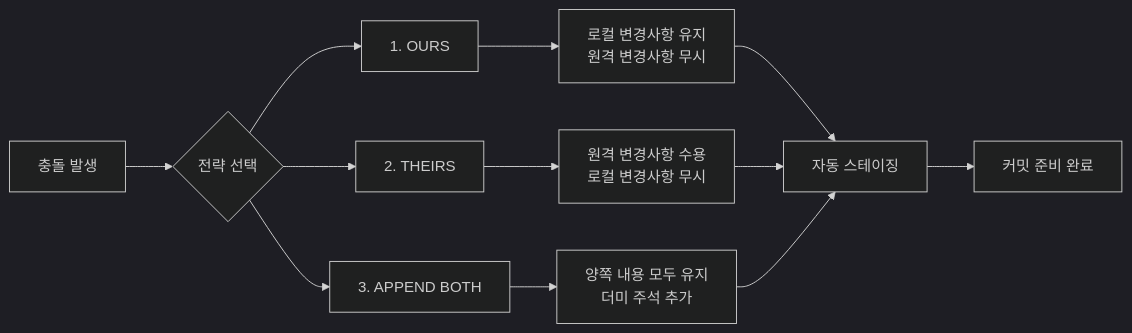
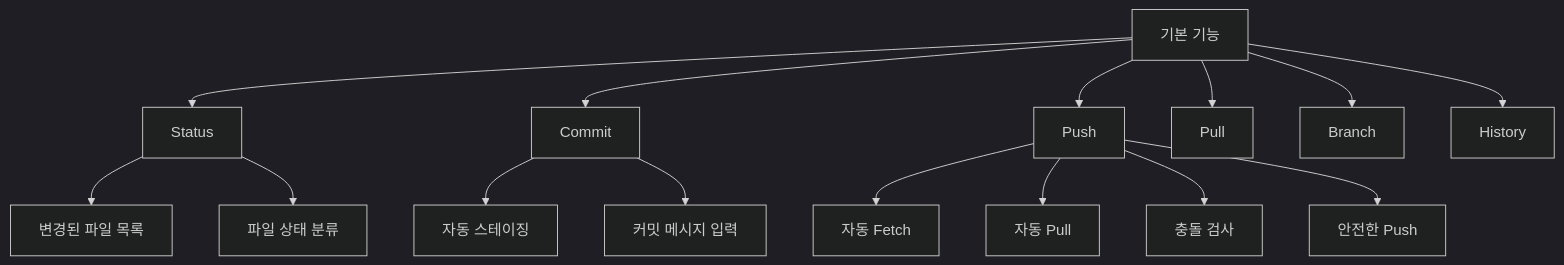
One commit to hslcrb/Su-pergit-jevi changed the third of 10 diagrams in README.md. Above: the diagram before and after it, drawn with Mermaid (dark theme). The commit also changed other lines of this file and 1 other file, not shown here.

````diff
--- a/README.md
+++ b/README.md
@@ -98,16 +318,20 @@
 ```mermaid
-graph LR
-    A[충돌 발생] --> B{전략 선택}
-    B --> C[1. OURS]
-    B --> D[2. THEIRS]
-    B --> E[3. APPEND BOTH]
+graph TD
+    A[기본 기능] --> B[Status]
+    A --> C[Commit]
+    A --> D[Push]
+    A --> E[Pull]
+    A --> F[Branch]
+    A --> G[History]
     
-    C --> C1[로컬 변경사항 유지<br/>원격 변경사항 무시]
-    D --> D1[원격 변경사항 수용<br/>로컬 변경사항 무시]
-    E --> E1[양쪽 내용 모두 유지<br/>더미 주석 추가]
+    B --> B1[변경된 파일 목록]
+    B --> B2[파일 상태 분류]
     
-    C1 --> F[자동 스테이징]
-    D1 --> F
-    E1 --> F
-    F --> G[커밋 준비 완료]
+    C --> C1[자동 스테이징]
+    C --> C2[커밋 메시지 입력]
+    
+    D --> D1[자동 Fetch]
+    D --> D2[자동 Pull]
+    D --> D3[충돌 검사]
+    D --> D4[안전한 Push]
 ```
````
